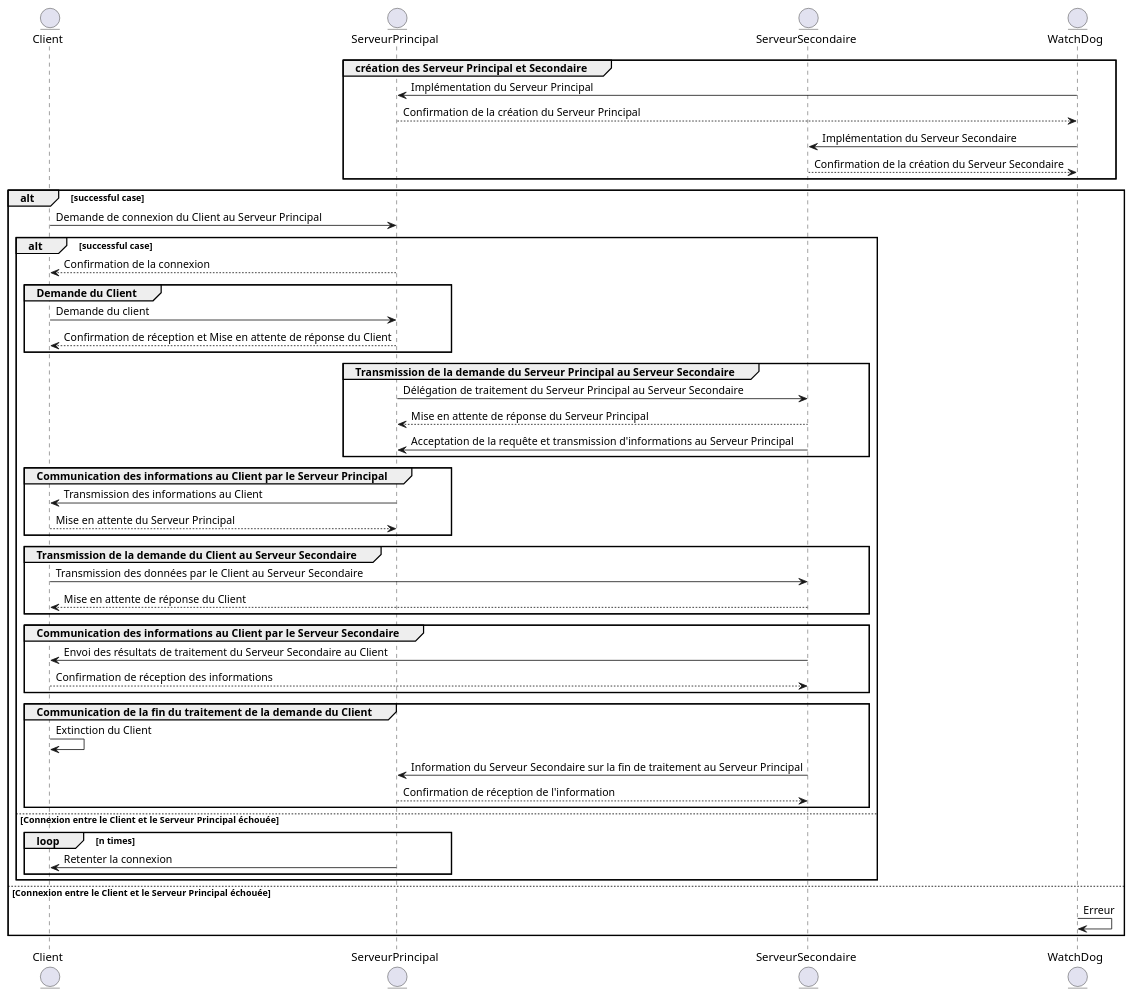
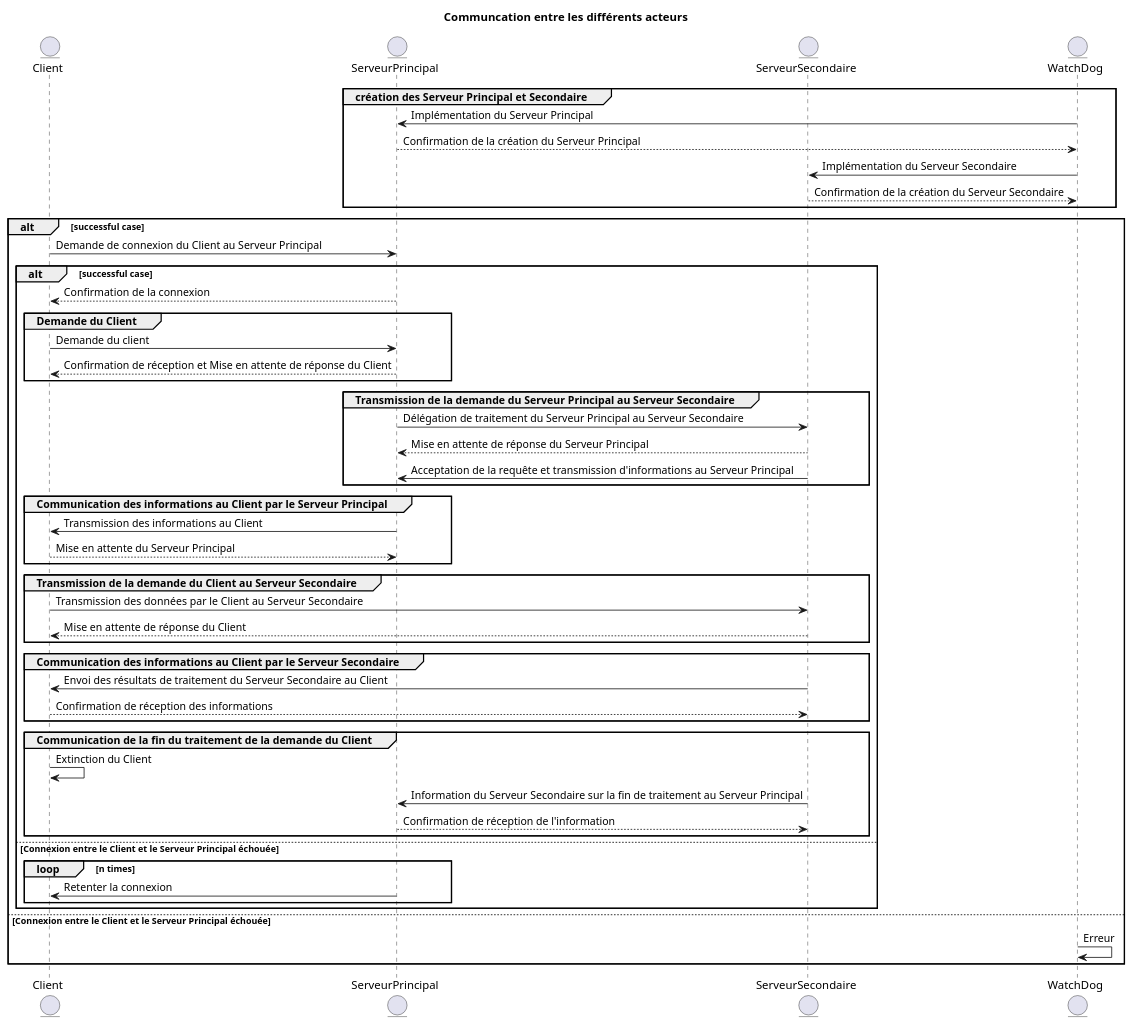
Before and after one commit to Wanadian/secured_programming_project: the diagram in README.md, drawn with PlantUML. The commit also changed other lines of this file and 5 other files, not shown here.

````diff
--- a/README.md
+++ b/README.md
@@ -3,53 +102,55 @@
 ```plantuml
 @startuml
+title Communcation entre les différents acteurs
+
 entity Client
 entity ServeurPrincipal
 entity ServeurSecondaire
 entity WatchDog
 group création des Serveur Principal et Secondaire
 WatchDog -> ServeurPrincipal: Implémentation du Serveur Principal
 ServeurPrincipal --> WatchDog: Confirmation de la création du Serveur Principal
 WatchDog-> ServeurSecondaire: Implémentation du Serveur Secondaire
 ServeurSecondaire --> WatchDog: Confirmation de la création du Serveur Secondaire
 end
 alt successful case
     Client -> ServeurPrincipal: Demande de connexion du Client au Serveur Principal
     alt successful case
         ServeurPrincipal --> Client: Confirmation de la connexion
     
         group Demande du Client
         Client -> ServeurPrincipal: Demande du client
         ServeurPrincipal --> Client: Confirmation de réception et Mise en attente de réponse du Client
         end
         group Transmission de la demande du Serveur Principal au Serveur Secondaire
         ServeurPrincipal -> ServeurSecondaire: Délégation de traitement du Serveur Principal au Serveur Secondaire
         ServeurSecondaire --> ServeurPrincipal: Mise en attente de réponse du Serveur Principal
         ServeurSecondaire -> ServeurPrincipal: Acceptation de la requête et transmission d'informations au Serveur Principal
         end
         group Communication des informations au Client par le Serveur Principal
         ServeurPrincipal -> Client: Transmission des informations au Client
         Client --> ServeurPrincipal: Mise en attente du Serveur Principal
         end
         group Transmission de la demande du Client au Serveur Secondaire
         Client -> ServeurSecondaire: Transmission des données par le Client au Serveur Secondaire
         ServeurSecondaire --> Client: Mise en attente de réponse du Client
         end
         group Communication des informations au Client par le Serveur Secondaire
         ServeurSecondaire -> Client: Envoi des résultats de traitement du Serveur Secondaire au Client
         Client--> ServeurSecondaire: Confirmation de réception des informations
         end
         group Communication de la fin du traitement de la demande du Client
         Client -> Client: Extinction du Client
         ServeurSecondaire -> ServeurPrincipal: Information du Serveur Secondaire sur la fin de traitement au Serveur Principal
         ServeurPrincipal --> ServeurSecondaire: Confirmation de réception de l'information
         end
     else Connexion entre le Client et le Serveur Principal échouée
         loop n times
             ServeurPrincipal -> Client: Retenter la connexion
         end
     end
 else Connexion entre le Client et le Serveur Principal échouée
     WatchDog -> WatchDog: Erreur
 end
 @enduml
 ```
````
